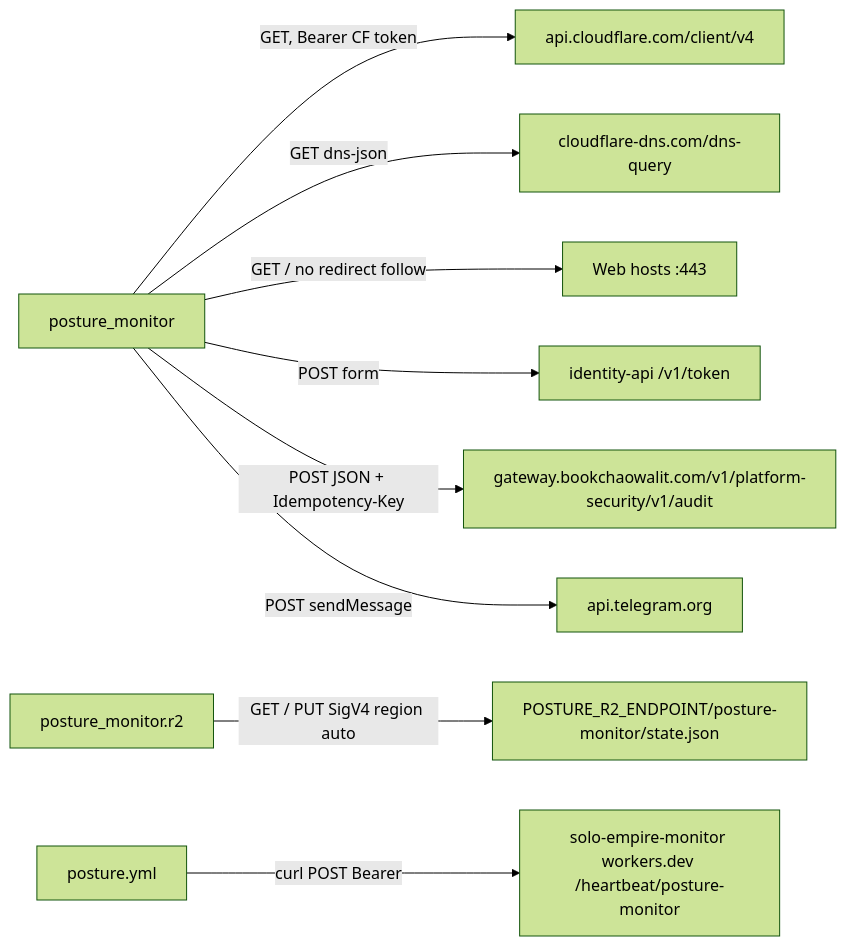
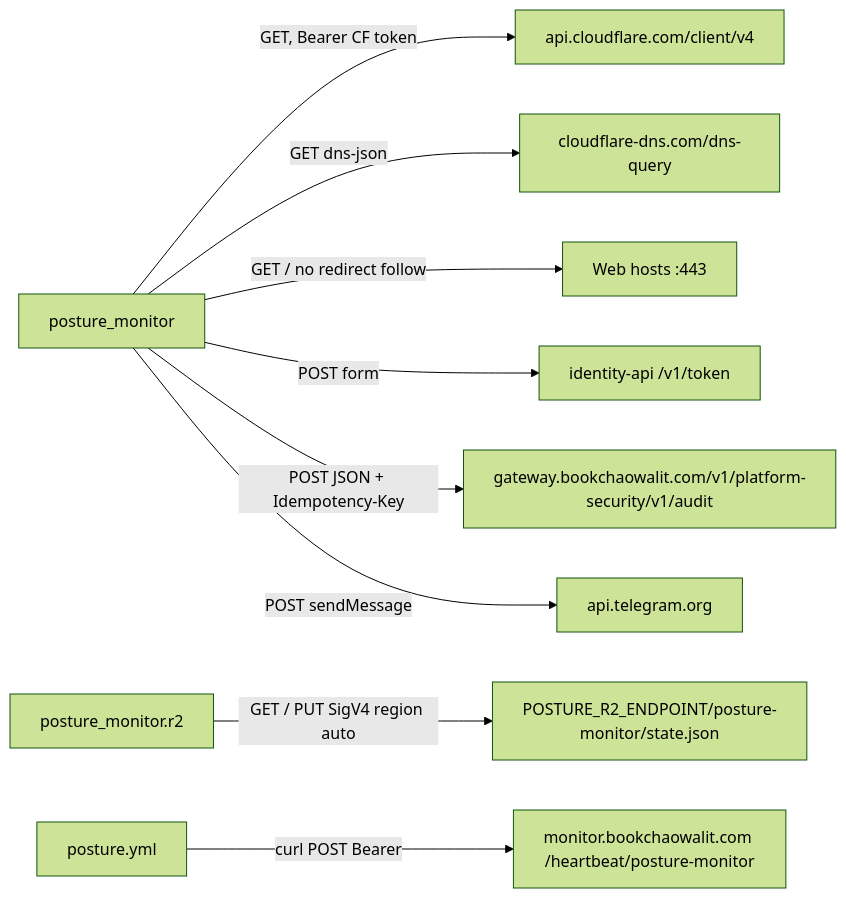
Before and after one commit to bookchaowalit/platform-posture-monitor: the diagram in docs/diagrams/12-api-integration.md, drawn with Mermaid (forest theme). The commit also changed 2 other files, not shown here.

Commit message:
chore(monitor): call the uptime monitor on monitor.bookchaowalit.com instead of workers.dev
The monitor Worker's workers.dev route is being turned off (network NET-10);
the custom domain serves the same Worker.

````diff
--- a/docs/diagrams/12-api-integration.md
+++ b/docs/diagrams/12-api-integration.md
@@ -5,12 +5,12 @@
 ```mermaid
 flowchart LR
   PM["posture_monitor"]
   PM -->|"GET, Bearer CF token"| CF["api.cloudflare.com/client/v4"]
   PM -->|"GET dns-json"| DOH["cloudflare-dns.com/dns-query"]
   PM -->|"GET / no redirect follow"| H["Web hosts :443"]
   PM -->|"POST form"| ID["identity-api /v1/token"]
   PM -->|"POST JSON + Idempotency-Key"| GW["gateway.bookchaowalit.com/v1/platform-security/v1/audit"]
   PM -->|"POST sendMessage"| TG["api.telegram.org"]
   R2C["posture_monitor.r2"] -->|"GET / PUT SigV4 region auto"| R2["POSTURE_R2_ENDPOINT/posture-monitor/state.json"]
-  WF["posture.yml"] -->|"curl POST Bearer"| UP["solo-empire-monitor workers.dev /heartbeat/posture-monitor"]
+  WF["posture.yml"] -->|"curl POST Bearer"| UP["monitor.bookchaowalit.com /heartbeat/posture-monitor"]
 ```
````
